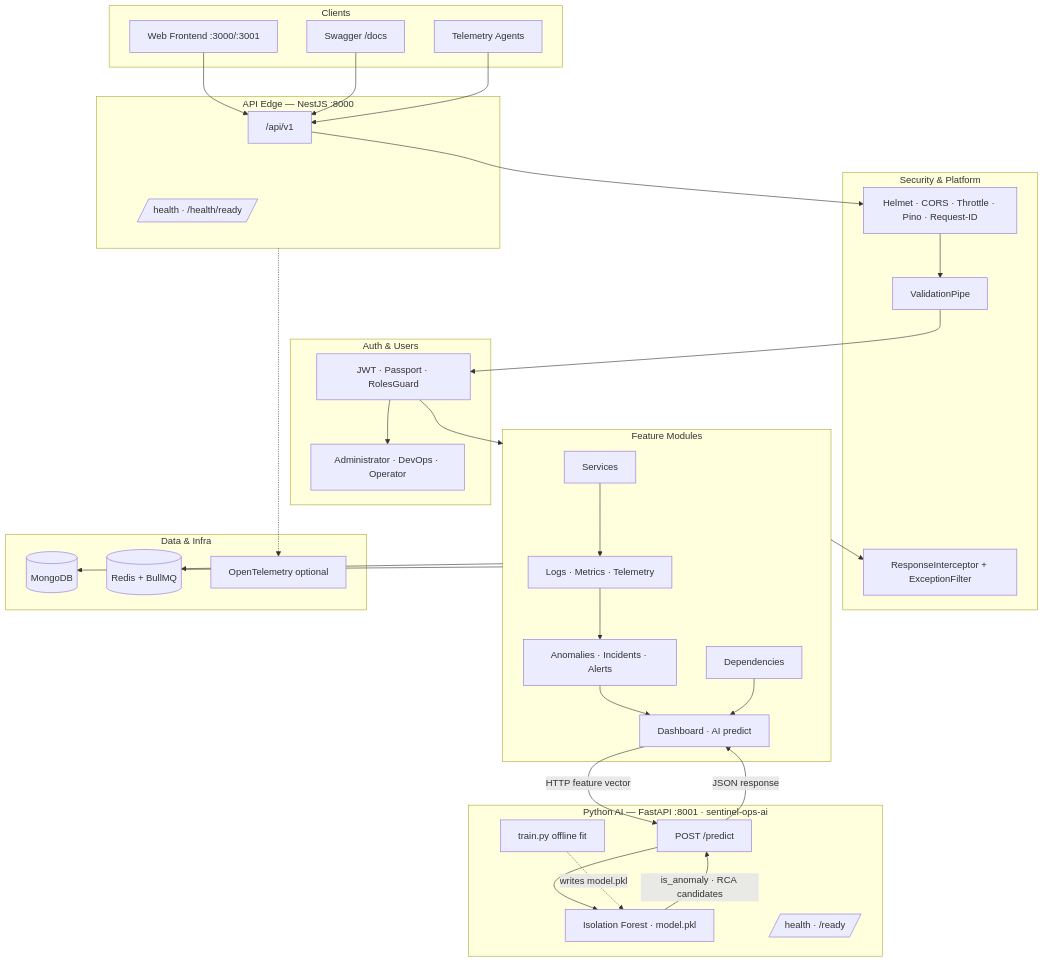
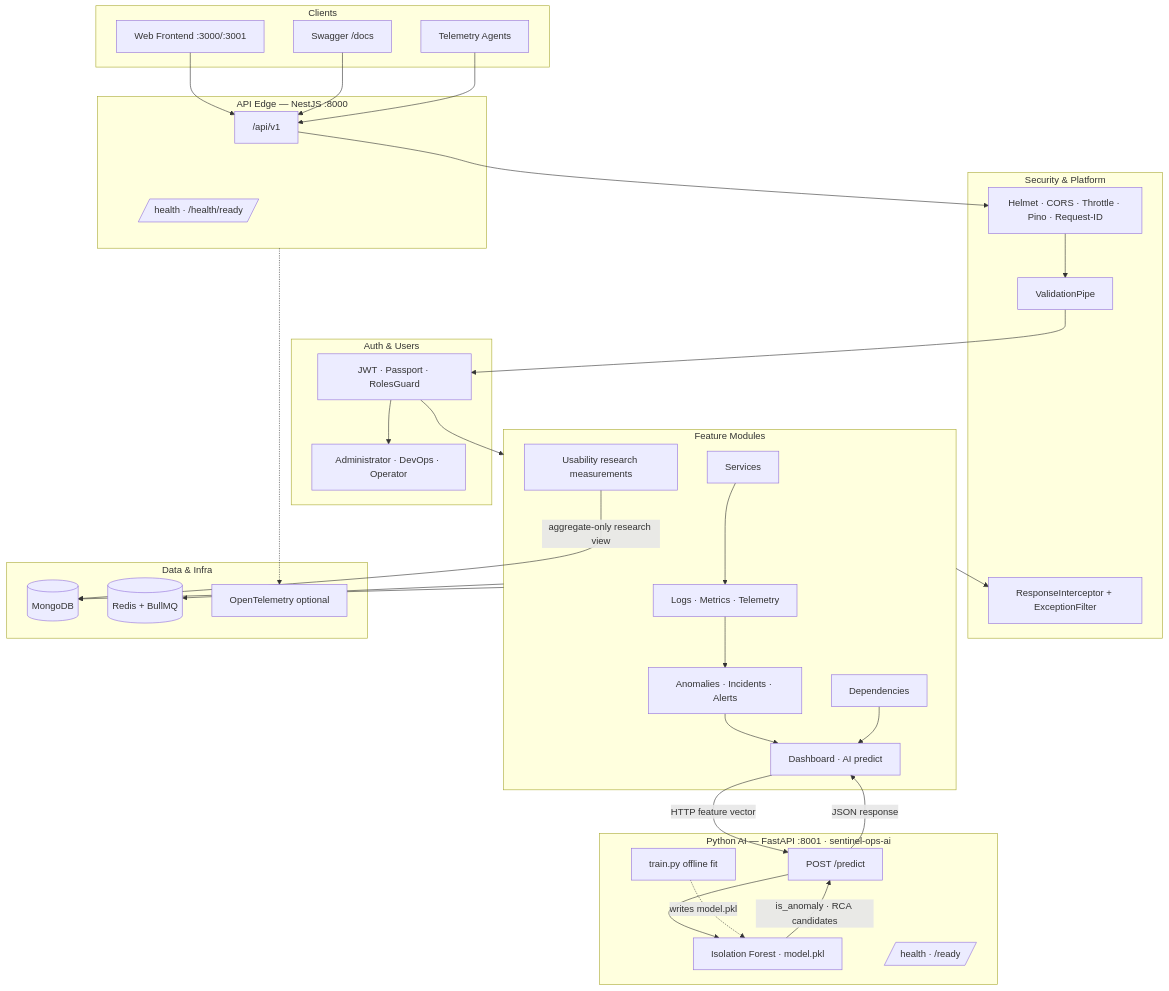
The first of 5 diagrams in docs/ARCHITECTURE.md (azubuike-nnamdi/sentinel-ops-api), drawn with Mermaid before and after one commit. The commit also changed other lines of this file, not shown here.

Commit message:
docs(usability): describe first-party measurement architecture

````diff
--- a/docs/ARCHITECTURE.md
+++ b/docs/ARCHITECTURE.md
@@ -58,65 +58,67 @@
 ```mermaid
 flowchart TB
   subgraph Clients
     FE[Web Frontend :3000/:3001]
     SW[Swagger /docs]
     AG[Telemetry Agents]
   end
 
   subgraph Edge["API Edge — NestJS :8000"]
     API["/api/v1"]
     HL[/health · /health/ready/]
   end
 
   subgraph Platform["Security & Platform"]
     SEC[Helmet · CORS · Throttle · Pino · Request-ID]
     VAL[ValidationPipe]
     RES[ResponseInterceptor + ExceptionFilter]
   end
 
   subgraph AuthZ["Auth & Users"]
     AUTH[JWT · Passport · RolesGuard]
     ROLES[Administrator · DevOps · Operator]
   end
 
   subgraph Features["Feature Modules"]
     SVC[Services]
     TEL[Logs · Metrics · Telemetry]
     DET[Anomalies · Incidents · Alerts]
     DEP[Dependencies]
     INS[Dashboard · AI predict]
+    USE[Usability research measurements]
   end
 
   subgraph AiService["Python AI — FastAPI :8001 · sentinel-ops-ai"]
     PRED[POST /predict]
     IF[Isolation Forest · model.pkl]
     TRAIN[train.py offline fit]
     HEALTHAI[/health · /ready/]
   end
 
   subgraph Data["Data & Infra"]
     MONGO[(MongoDB)]
     REDIS[(Redis + BullMQ)]
     OTEL[OpenTelemetry optional]
   end
 
   FE --> API
   SW --> API
   AG --> API
   API --> SEC --> VAL --> AUTH --> Features
   AUTH --> ROLES
   Features --> RES
   Features --> MONGO
   Features --> REDIS
   Edge -.-> OTEL
   Edge --- HL
 
   SVC --> TEL --> DET --> INS
   DEP --> INS
   INS -->|"HTTP feature vector"| PRED
+  USE -->|"aggregate-only research view"| MONGO
   PRED --> IF
   IF -->|"is_anomaly · RCA candidates"| PRED
   PRED -->|"JSON response"| INS
   TRAIN -.->|"writes model.pkl"| IF
   AiService --- HEALTHAI
 ```
````
